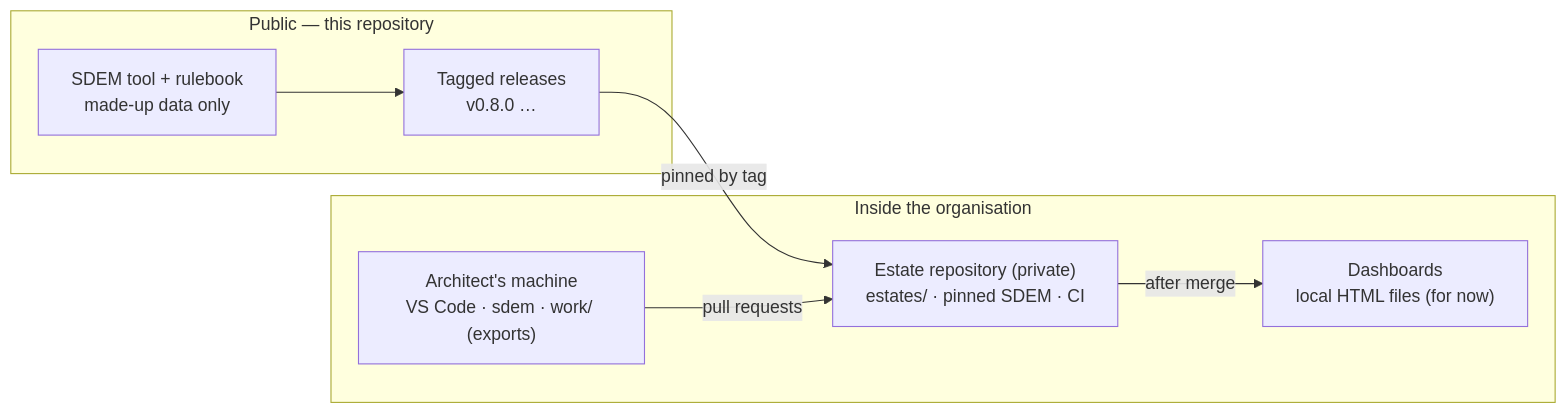
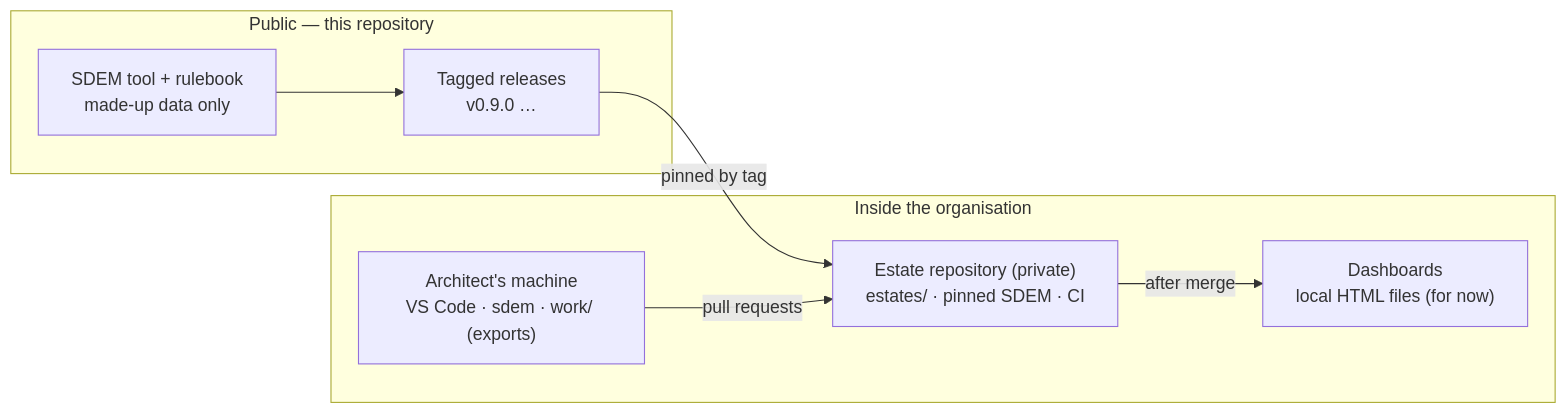
One commit to taumoeps/bian-sdem-framework changed the diagram in docs/sdem-operating-model.md. Above: the diagram before and after it, drawn with Mermaid. The commit also changed 16 other files, not shown here.

Commit message:
Release preparation v0.9.0 — base BIAN and operational readiness: version 0.9.0, estate template pinned to v0.9.0, CHANGELOG section, ROADMAP, status lines

````diff
--- a/docs/sdem-operating-model.md
+++ b/docs/sdem-operating-model.md
@@ -7,14 +7,14 @@
 ```mermaid
 flowchart LR
     subgraph PUB["Public — this repository"]
-      T["SDEM tool + rulebook<br/>made-up data only"] --> REL["Tagged releases<br/>v0.8.0 …"]
+      T["SDEM tool + rulebook<br/>made-up data only"] --> REL["Tagged releases<br/>v0.9.0 …"]
     end
     subgraph ORG["Inside the organisation"]
       ER["Estate repository (private)<br/>estates/ · pinned SDEM · CI"]
       WS["Architect's machine<br/>VS Code · sdem · work/ (exports)"]
       H["Dashboards<br/>local HTML files (for now)"]
     end
     REL -- "pinned by tag" --> ER
     WS -- "pull requests" --> ER
     ER -- "after merge" --> H
 ```
````
